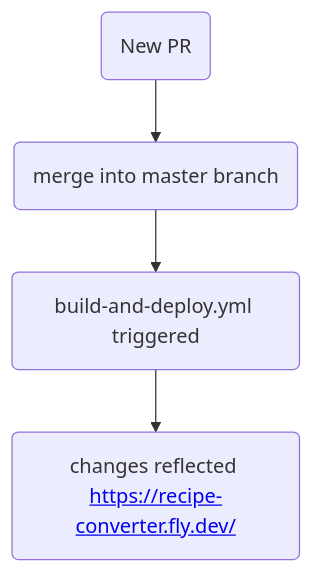
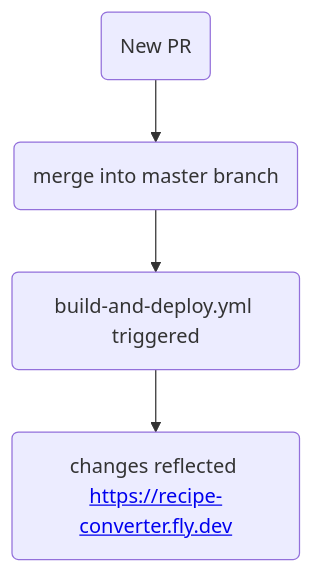
One commit to justinmklam/recipe-converter changed the diagram in README.md. Above: the diagram before and after it, drawn with Mermaid.

````diff
--- a/README.md
+++ b/README.md
@@ -59,6 +59,6 @@
 ```mermaid
 graph TD
     A(New PR) --> B(merge into master branch)
     B --> C(build-and-deploy.yml triggered)
-    C --> D(changes reflected <br><a href="https://recipe-converter.fly.dev/">https://recipe-converter.fly.dev/</a>)
+    C --> D(changes reflected <br><a href='https://recipe-converter.fly.dev'>https://recipe-converter.fly.dev</a>)
 ```
````
